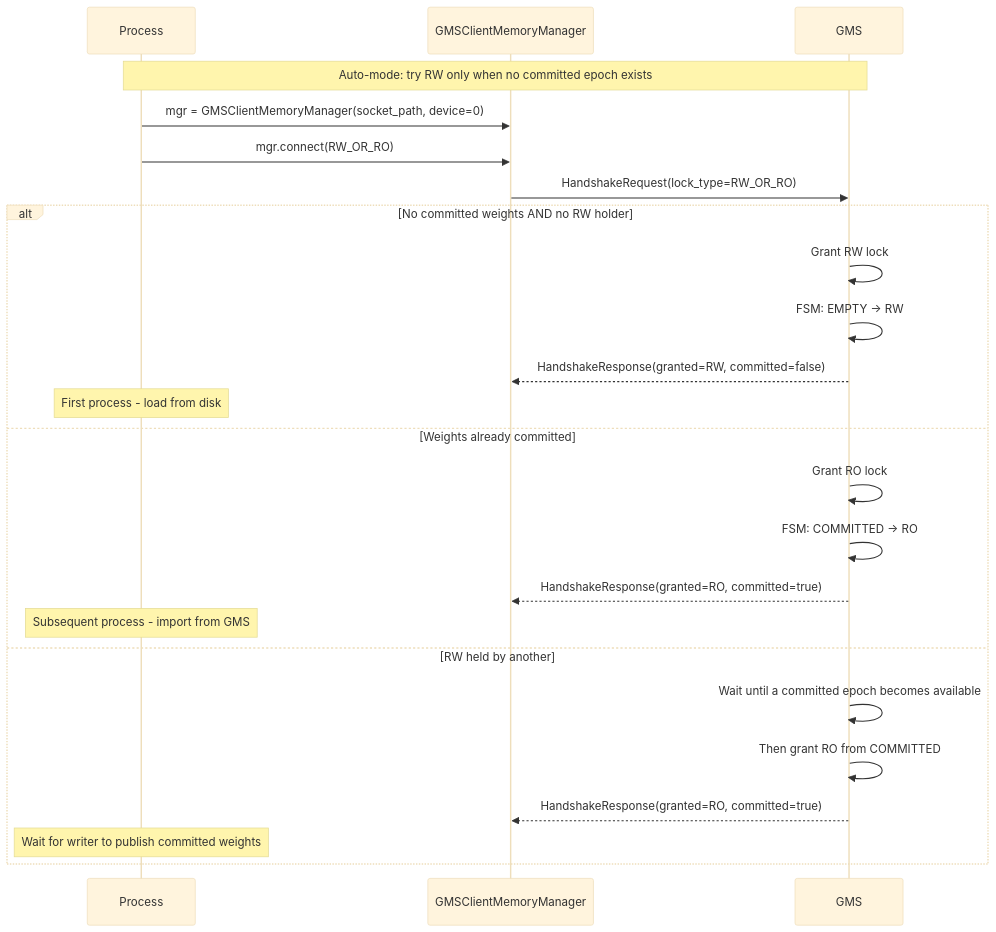
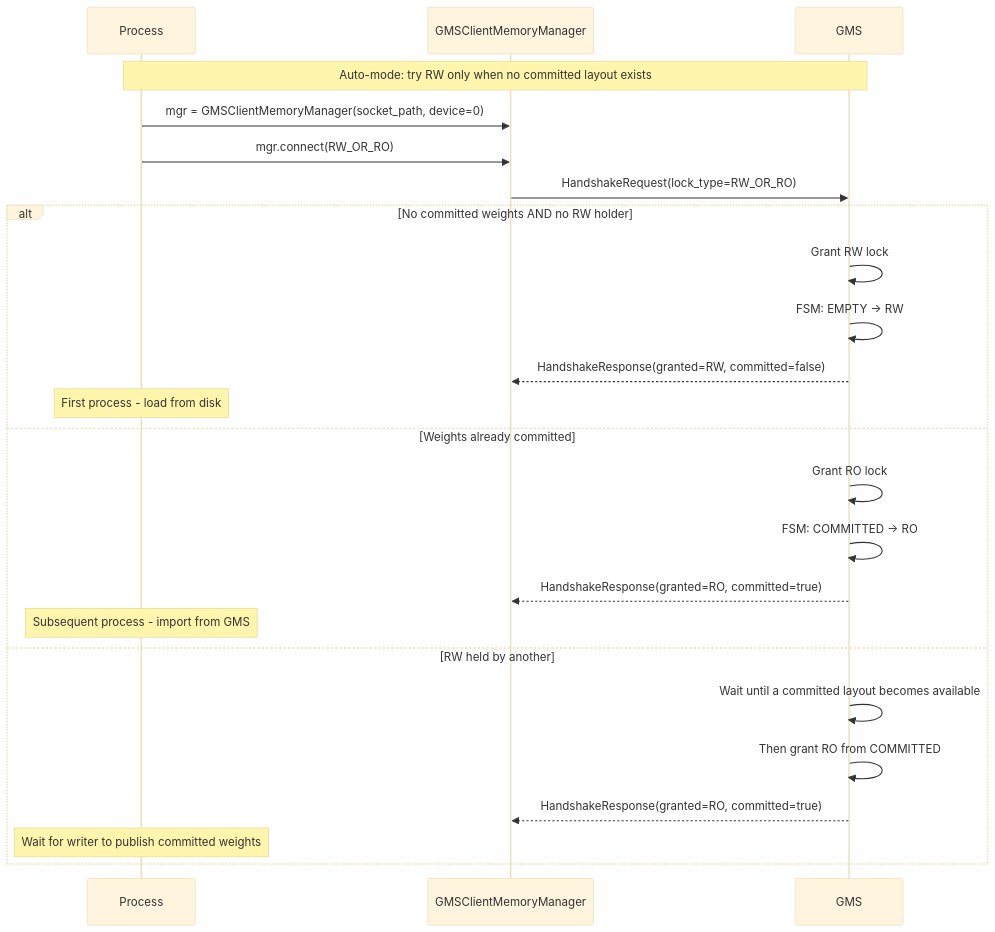
Before and after one commit to ai-dynamo/dynamo: the eighth of 8 diagrams in lib/gpu_memory_service/README.md, drawn with Mermaid (base theme). The commit also changed other lines of this file and 13 other files, not shown here.

````diff
--- a/lib/gpu_memory_service/README.md
+++ b/lib/gpu_memory_service/README.md
@@ -367,29 +366,29 @@
 ```mermaid
 sequenceDiagram
     participant P as Process
     participant C as GMSClientMemoryManager
     participant S as GMS
 
-    Note over P,S: Auto-mode: try RW only when no committed epoch exists
+    Note over P,S: Auto-mode: try RW only when no committed layout exists
 
     P->>C: mgr = GMSClientMemoryManager(socket_path, device=0)
     P->>C: mgr.connect(RW_OR_RO)
     C->>S: HandshakeRequest(lock_type=RW_OR_RO)
 
     alt No committed weights AND no RW holder
         S->>S: Grant RW lock
         S->>S: FSM: EMPTY → RW
         S-->>C: HandshakeResponse(granted=RW, committed=false)
         Note over P: First process - load from disk
     else Weights already committed
         S->>S: Grant RO lock
         S->>S: FSM: COMMITTED → RO
         S-->>C: HandshakeResponse(granted=RO, committed=true)
         Note over P: Subsequent process - import from GMS
     else RW held by another
-        S->>S: Wait until a committed epoch becomes available
+        S->>S: Wait until a committed layout becomes available
         S->>S: Then grant RO from COMMITTED
         S-->>C: HandshakeResponse(granted=RO, committed=true)
         Note over P: Wait for writer to publish committed weights
     end
 ```
````
